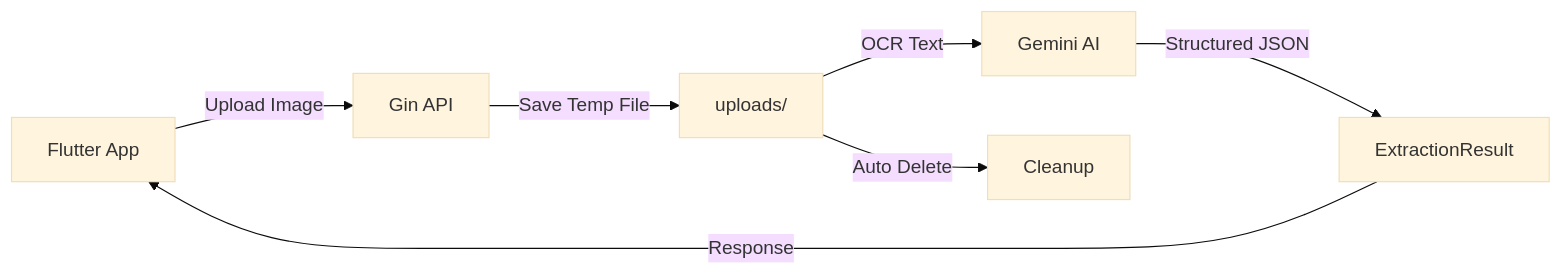
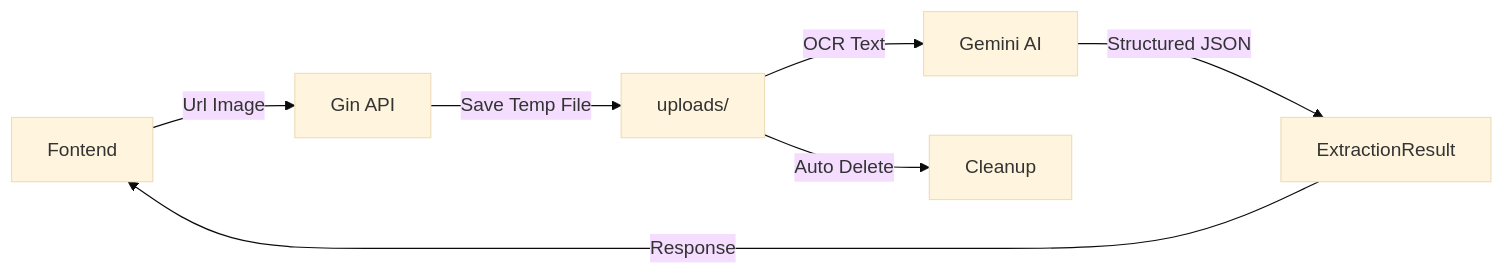
One commit to bosocmputer/account_ocr_gemini changed the diagram in README.md. Above: the diagram before and after it, drawn with Mermaid (base theme). The commit also changed other lines of this file and 15 other files, not shown here.

````diff
--- a/README.md
+++ b/README.md
@@ -353,9 +389,9 @@
 ```mermaid
 graph LR
-    A[Flutter App] -->|Upload Image| B[Gin API]
+    A[Fontend] -->|Url Image| B[Gin API]
     B -->|Save Temp File| C[uploads/]
     C -->|OCR Text| D[Gemini AI]
     D -->|Structured JSON| E[ExtractionResult]
     E -->|Response| A
     C -->|Auto Delete| F[Cleanup]
 ```
````
